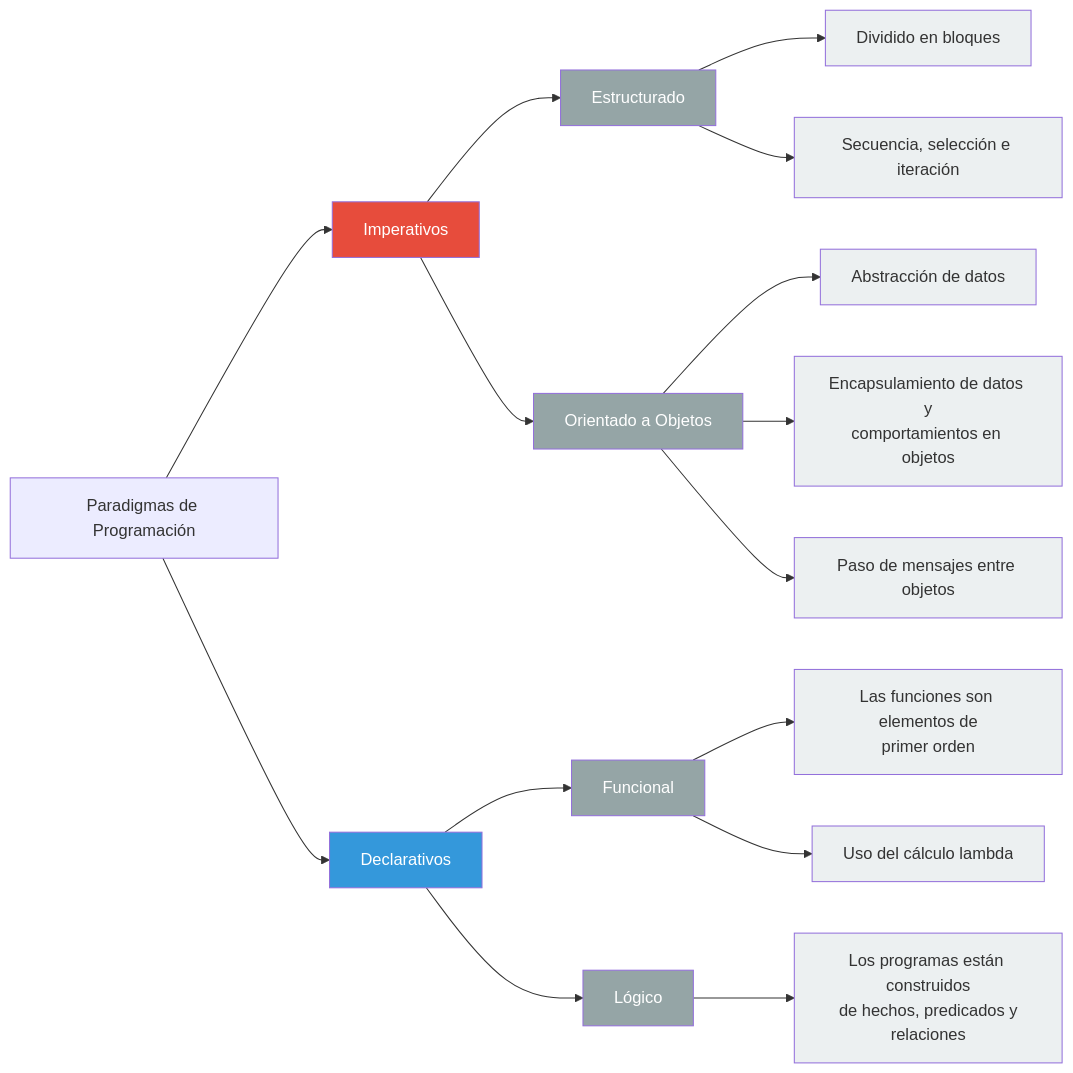
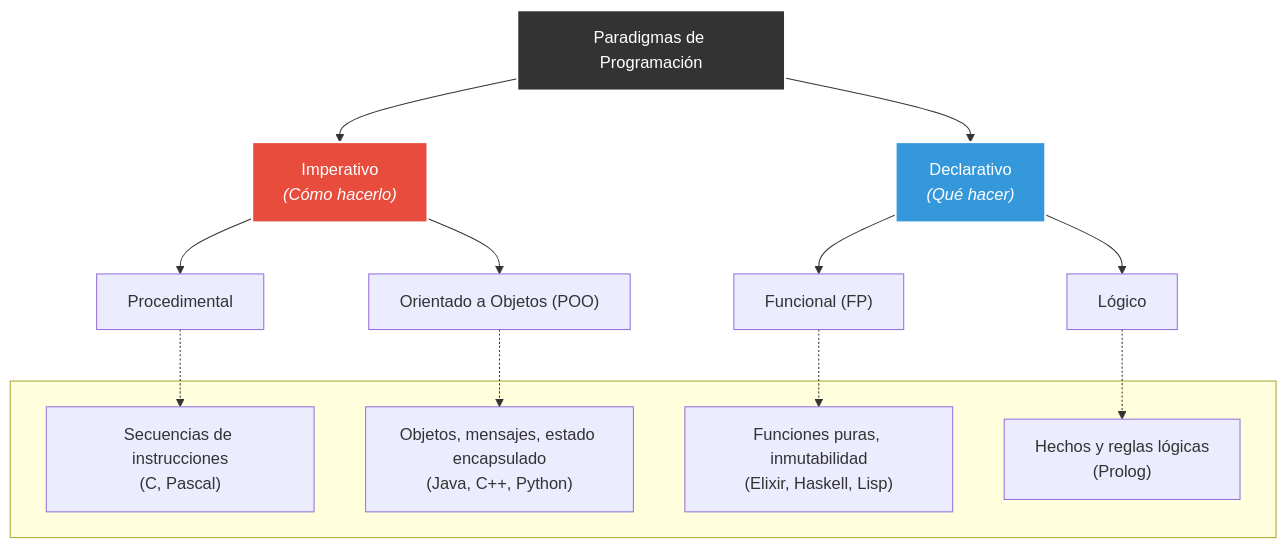
The diagram in docs/01.paradigmas-programacion.md (caflorezvi/guias-programacion3), drawn with Mermaid before and after one commit. The commit also changed other lines of this file and 13 other files, not shown here.

```diff
--- a/docs/01.paradigmas-programacion.md
+++ b/docs/01.paradigmas-programacion.md
@@ -16,34 +25,30 @@
 <div class="mermaid" style="text-align: center;">
-graph LR
-    A["Paradigmas de Programación"] --> B["Imperativos"]
-    A --> C["Declarativos"]
+graph TD
+    A["Paradigmas de Programación"] --> B["Imperativo<br/><i>(Cómo hacerlo)</i>"]
+    A --> C["Declarativo<br/><i>(Qué hacer)</i>"]
     
-    B --> D["Estructurado"]
-    B --> E["Orientado a Objetos"]
+    B --> D["Procedimental"]
+    B --> E["Orientado a Objetos (POO)"]
     
-    C --> F["Funcional"]
+    C --> F["Funcional (FP)"]
     C --> G["Lógico"]
     
-    D --> D1["Dividido en bloques"]
-    D --> D2["Secuencia, selección e iteración"]
-    
-    E --> E1["Abstracción de datos"]
-    E --> E2["Encapsulamiento de datos y<br/>comportamientos en objetos"]
-    E --> E3["Paso de mensajes entre objetos"]
-    
-    F --> F1["Las funciones son elementos de<br/>primer orden"]
-    F --> F2["Uso del cálculo lambda"]
-    
-    G --> G1["Los programas están construidos<br/>de hechos, predicados y<br/>relaciones"]
-    
-    classDef imperative fill:#e74c3c,color:#fff
-    classDef declarative fill:#3498db,color:#fff
-    classDef subparadigm fill:#95a5a6,color:#fff
-    classDef description fill:#ecf0f1,color:#333
-    
+    subgraph " "
+    D1["Secuencias de instrucciones<br/>(C, Pascal)"]
+    E1["Objetos, mensajes, estado encapsulado<br/>(Java, C++, Python)"]
+    F1["Funciones puras, inmutabilidad<br/>(Elixir, Haskell, Lisp)"]
+    G1["Hechos y reglas lógicas<br/>(Prolog)"]
+    end
+
+    D -.-> D1
+    E -.-> E1
+    F -.-> F1
+    G -.-> G1
+
+    classDef top fill:#333,color:#fff,stroke-width:2px,stroke:#fff
+    classDef imperative fill:#e74c3c,color:#fff,stroke-width:2px,stroke:#fff
+    classDef declarative fill:#3498db,color:#fff,stroke-width:2px,stroke:#fff
+    class A top
     class B imperative
     class C declarative
-    class D,E subparadigm
-    class F,G subparadigm
-    class D1,D2,E1,E2,E3,F1,F2,G1 description
 </div>
```
